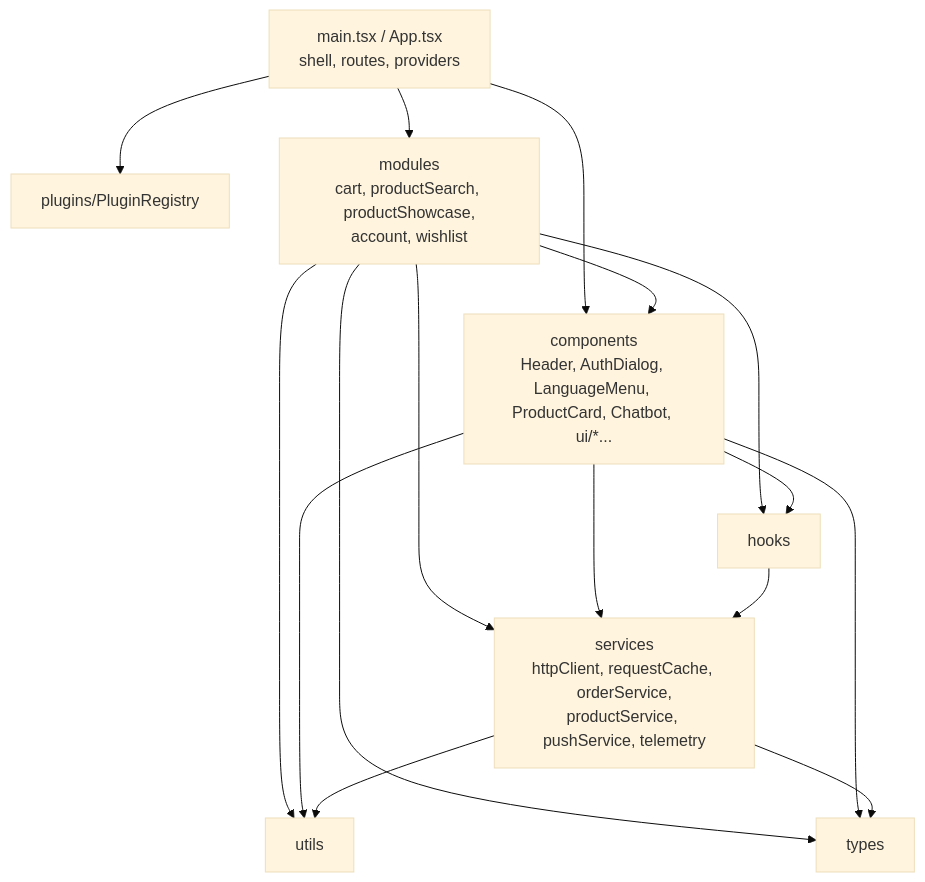
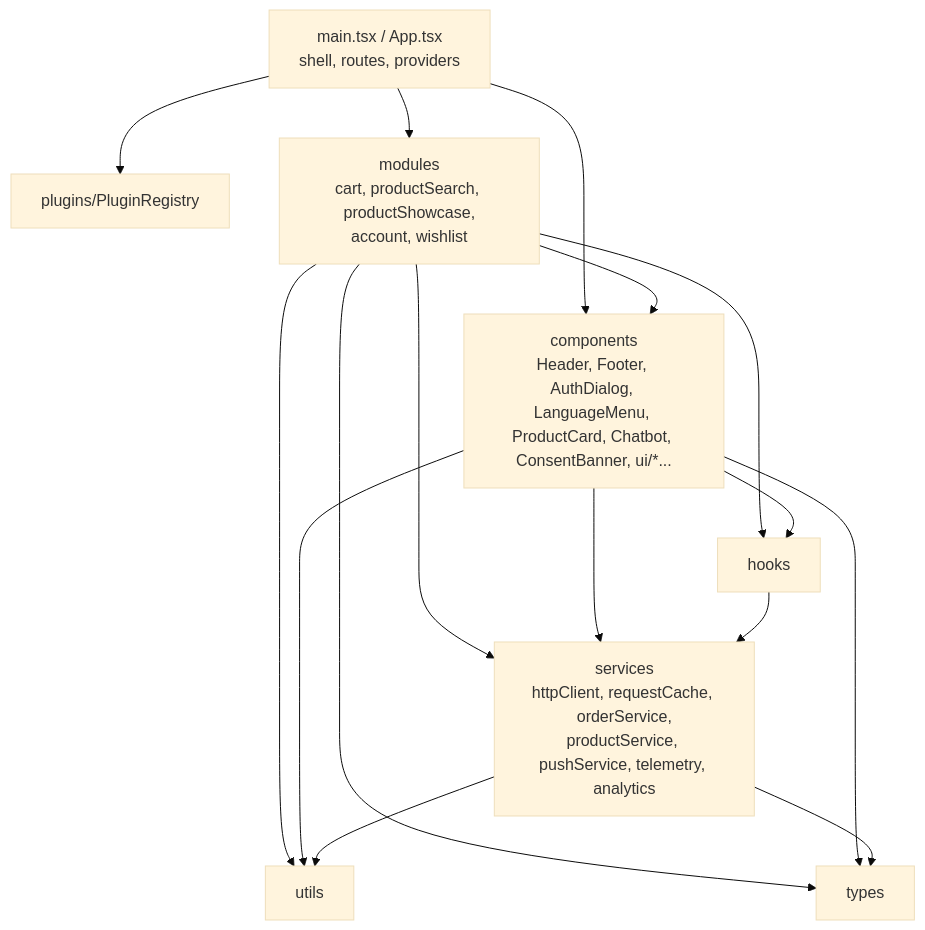
Before and after one commit to zshaikhNagarro/rimss-app: the third of 8 diagrams in docs/ARCHITECTURE.md, drawn with Mermaid (base theme). The commit also changed other lines of this file and 84 other files, not shown here.

````diff
--- a/docs/ARCHITECTURE.md
+++ b/docs/ARCHITECTURE.md
@@ -44,27 +45,27 @@
 ```mermaid
 flowchart TD
   main[main.tsx / App.tsx<br/>shell, routes, providers]
   registry[plugins/PluginRegistry]
   modules[modules<br/>cart, productSearch, productShowcase,<br/>account, wishlist]
-  components[components<br/>Header, AuthDialog, LanguageMenu, ProductCard, Chatbot, ui/*...]
+  components[components<br/>Header, Footer, AuthDialog, LanguageMenu, ProductCard, Chatbot, ConsentBanner, ui/*...]
   hooks[hooks]
-  services[services<br/>httpClient, requestCache, orderService,<br/>productService, pushService, telemetry]
+  services[services<br/>httpClient, requestCache, orderService,<br/>productService, pushService, telemetry, analytics]
   utils[utils]
   types[types]
 
   main --> registry
   main --> modules
   main --> components
   modules --> components
   modules --> hooks
   modules --> services
   modules --> utils
   modules --> types
   components --> hooks
   components --> services
   components --> utils
   components --> types
   services --> utils
   services --> types
   hooks --> services
 ```
````
